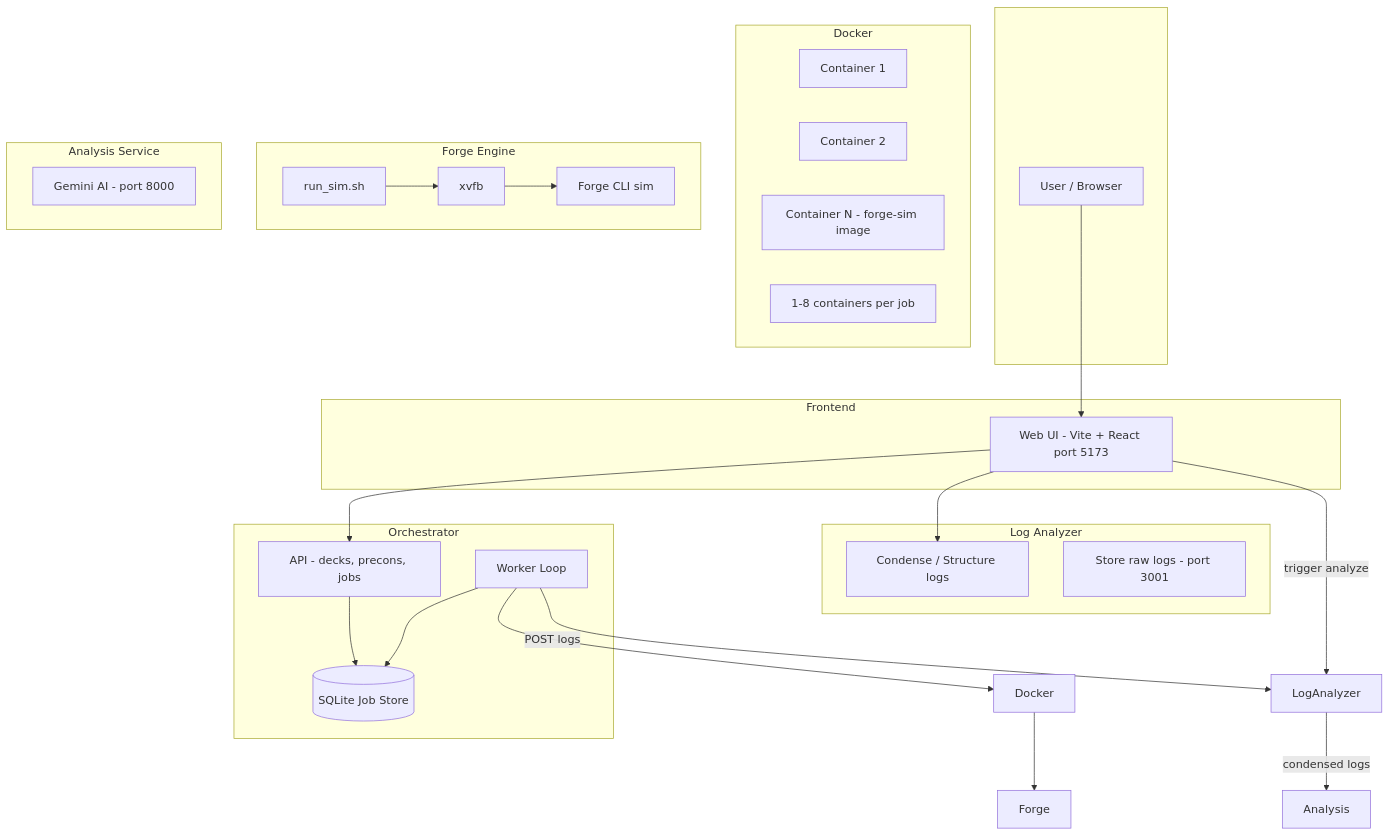
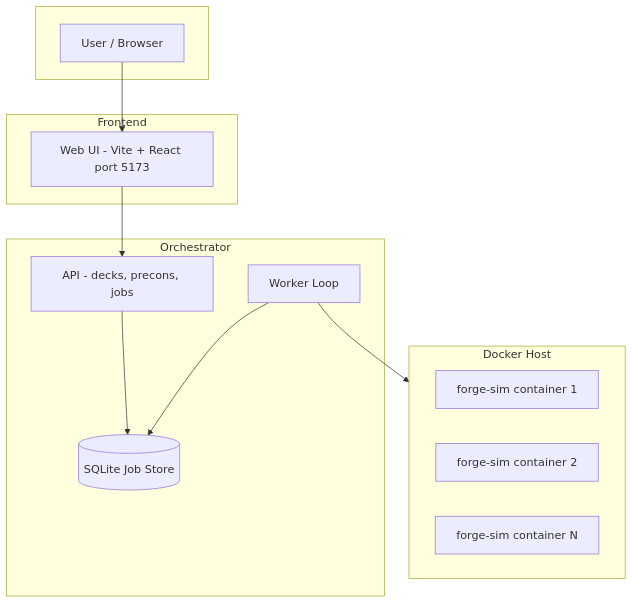
Before and after one commit to TytaniumDev/MagicBracketSimulator: the third of 4 diagrams in ARCHITECTURE.md, drawn with Mermaid. The commit also changed other lines of this file and 1 other file, not shown here.

Commit message:
docs: update ARCHITECTURE.md to reflect Unified Worker model

````diff
--- a/ARCHITECTURE.md
+++ b/ARCHITECTURE.md
@@ -105,50 +96,28 @@
 ```mermaid
 flowchart TB
     subgraph user[" "]
         Browser["User / Browser"]
     end
 
     subgraph frontend["Frontend"]
         UI["Web UI - Vite + React port 5173"]
     end
 
     subgraph orchestrator["Orchestrator"]
         API["API - decks, precons, jobs"]
         Store[(SQLite Job Store)]
         Worker["Worker Loop"]
         API --> Store
         Worker --> Store
     end
 
-    subgraph loganalyzer["Log Analyzer"]
-        Condenser["Condense / Structure logs"]
-        StoreLogs["Store raw logs - port 3001"]
-    end
-
-    subgraph docker["Docker"]
-        C1["Container 1"]
-        C2["Container 2"]
-        C3["Container N - forge-sim image"]
-        N1["1-8 containers per job"]
-    end
-
-    subgraph forge["Forge Engine"]
-        RunSim["run_sim.sh"]
-        Xvfb["xvfb"]
-        ForgeCLI["Forge CLI sim"]
-        RunSim --> Xvfb --> ForgeCLI
-    end
-
-    subgraph analysis["Analysis Service"]
-        Gemini["Gemini AI - port 8000"]
+    subgraph docker["Docker Host"]
+        C1["forge-sim container 1"]
+        C2["forge-sim container 2"]
+        C3["forge-sim container N"]
     end
 
     Browser --> UI
     UI --> API
-    UI --> Condenser
-    Worker --> Docker
-    Docker --> Forge
-    Worker -->|"POST logs"| LogAnalyzer
-    LogAnalyzer -->|"condensed logs"| Analysis
-    UI -->|"trigger analyze"| LogAnalyzer
+    Worker --> docker
 ```
````
